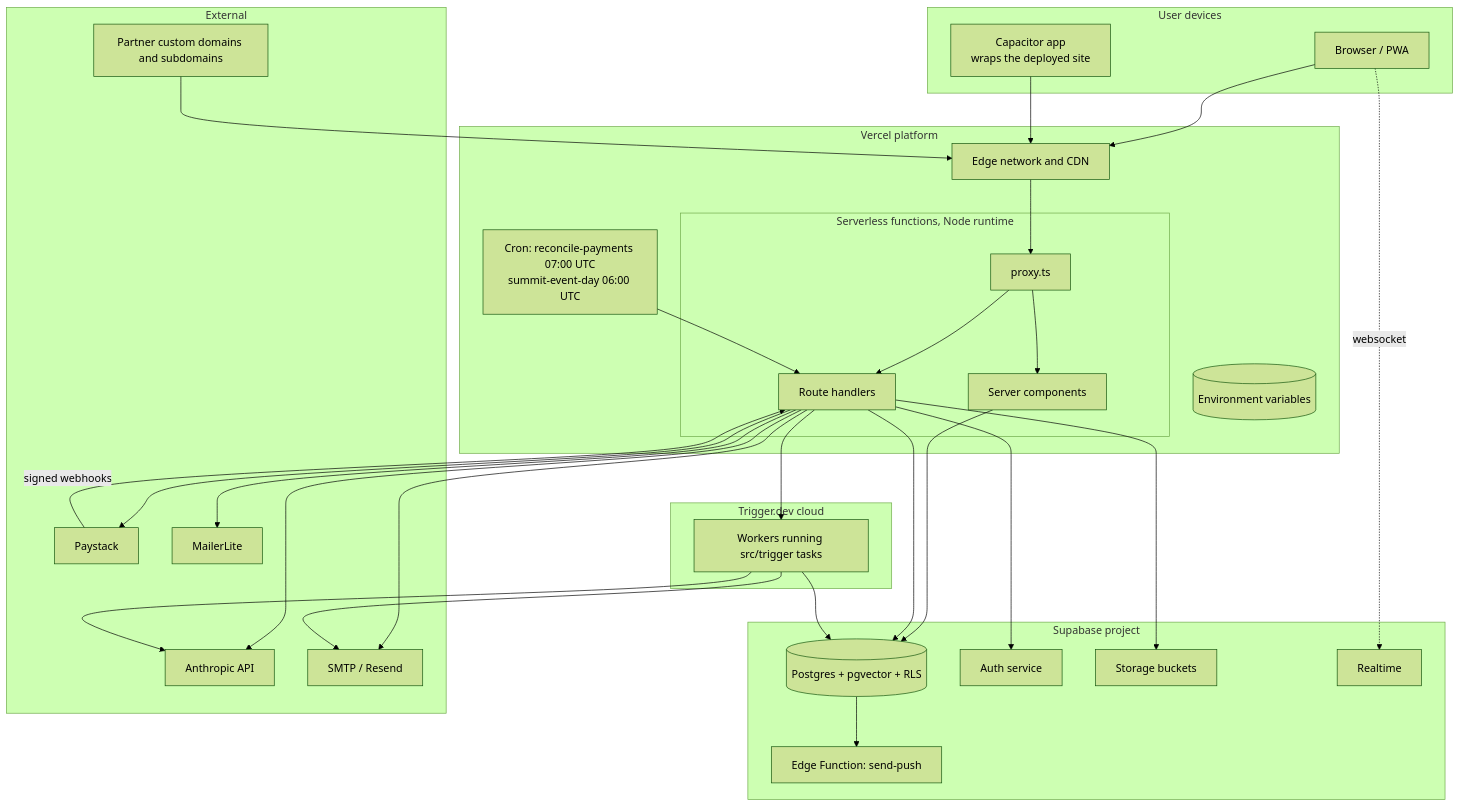
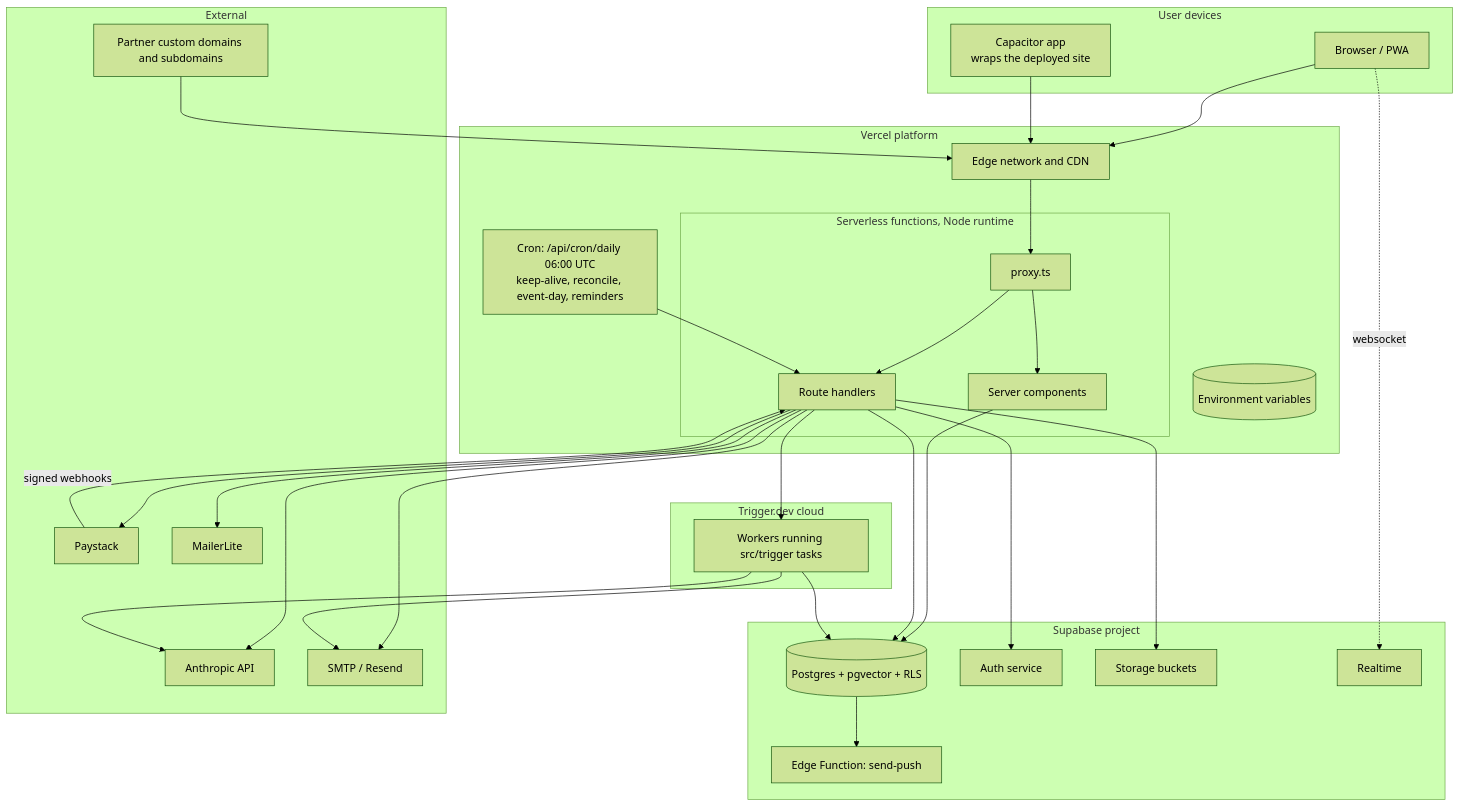
The fourth of 7 diagrams in README.md (posiajiboyecom/ascentor-mvp), drawn with Mermaid (forest theme) before and after one commit. The commit also changed other lines of this file and 14 other files, not shown here.

First line of the commit message:
feat: onboarding fixes and personalisation; keep-alive daily cron; name collected at sign-up

````diff
--- a/README.md
+++ b/README.md
@@ -258,60 +258,60 @@
 ```mermaid
 flowchart TB
     subgraph User devices
         B[Browser / PWA]
         APP[Capacitor app<br/>wraps the deployed site]
     end
 
     subgraph Vercel platform
         EDGE[Edge network and CDN]
         subgraph FN[Serverless functions, Node runtime]
             PX[proxy.ts]
             SSR[Server components]
             RH[Route handlers]
         end
-        CR[Cron: reconcile-payments 07:00 UTC<br/>summit-event-day 06:00 UTC]
+        CR[Cron: /api/cron/daily 06:00 UTC<br/>keep-alive, reconcile, event-day, reminders]
         ENV[(Environment variables)]
     end
 
     subgraph Supabase project
         DBP[(Postgres + pgvector + RLS)]
         AU[Auth service]
         ST[Storage buckets]
         RL[Realtime]
         EF[Edge Function: send-push]
     end
 
     subgraph Trigger.dev cloud
         TW[Workers running src/trigger tasks]
     end
 
     subgraph External
         PS[Paystack]
         AN[Anthropic API]
         MLS[MailerLite]
         MS[SMTP / Resend]
         DNS[Partner custom domains and subdomains]
     end
 
     B --> EDGE
     APP --> EDGE
     DNS --> EDGE
     EDGE --> PX --> SSR
     PX --> RH
     CR --> RH
     SSR --> DBP
     RH --> DBP
     RH --> AU
     RH --> ST
     B -. websocket .-> RL
     RH --> AN
     RH --> PS
     RH --> MLS
     RH --> MS
     RH --> TW
     TW --> DBP
     TW --> AN
     TW --> MS
     PS -- signed webhooks --> RH
     DBP --> EF
 ```
````
